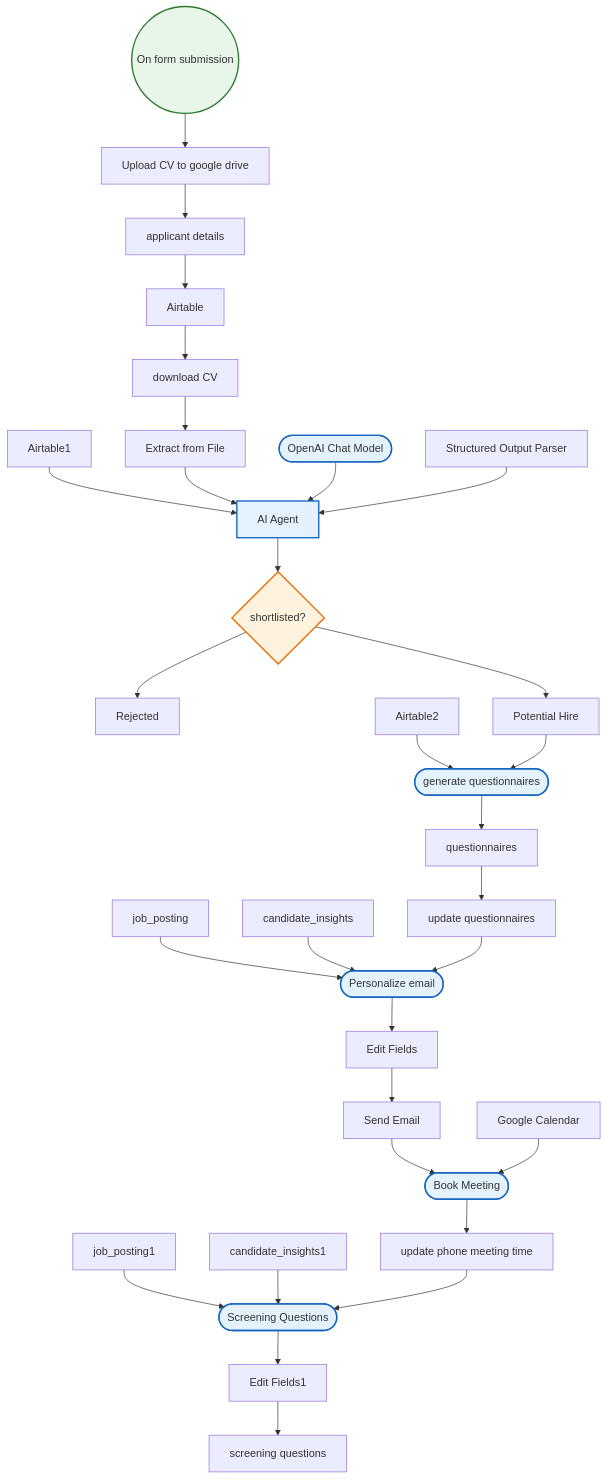
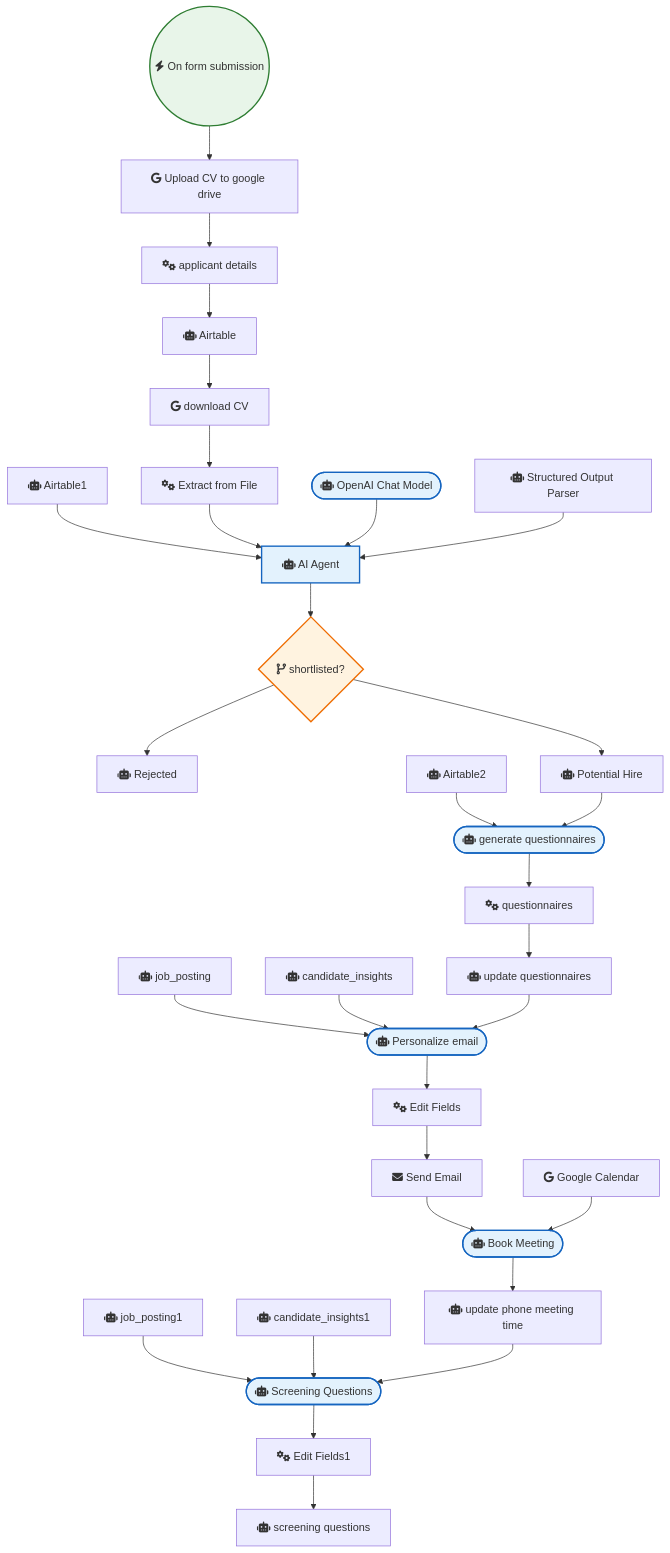
The diagram in HR_and_Recruitment/HR Job Posting and Evaluation with AI.md (sreyash3105/N8N-DEMO-AUTOMATIONS), drawn with Mermaid before and after one commit. The commit also changed 291 other files, not shown here.

````diff
--- a/HR_and_Recruitment/HR Job Posting and Evaluation with AI.md
+++ b/HR_and_Recruitment/HR Job Posting and Evaluation with AI.md
@@ -1,67 +1,67 @@
 ```mermaid
 graph TD
     classDef trigger fill:#e8f5e9,stroke:#2e7d32,stroke-width:2px;
     classDef ai fill:#e3f2fd,stroke:#1565c0,stroke-width:2px;
     classDef logic fill:#fff3e0,stroke:#ef6c00,stroke-width:2px;
 
-    On_form_submission(("On form submission")):::trigger
-    Airtable["Airtable"]
-    Upload_CV_to_google_drive["Upload CV to google drive"]
-    applicant_details["applicant details"]
-    download_CV["download CV"]
-    Extract_from_File["Extract from File"]
-    AI_Agent["AI Agent"]:::ai
-    OpenAI_Chat_Model(["OpenAI Chat Model"]):::ai
-    Airtable1["Airtable1"]
-    Structured_Output_Parser["Structured Output Parser"]
-    shortlisted_{"shortlisted?"}:::logic
-    Rejected["Rejected"]
-    Potential_Hire["Potential Hire"]
-    Airtable2["Airtable2"]
-    generate_questionnaires(["generate questionnaires"]):::ai
-    questionnaires["questionnaires"]
-    update_questionnaires["update questionnaires"]
-    job_posting["job_posting"]
-    candidate_insights["candidate_insights"]
-    Personalize_email(["Personalize email"]):::ai
-    Edit_Fields["Edit Fields"]
-    Send_Email["Send Email"]
-    Book_Meeting(["Book Meeting"]):::ai
-    Google_Calendar["Google Calendar"]
-    update_phone_meeting_time["update phone meeting time"]
-    Screening_Questions(["Screening Questions"]):::ai
-    job_posting1["job_posting1"]
-    candidate_insights1["candidate_insights1"]
-    screening_questions["screening questions"]
-    Edit_Fields1["Edit Fields1"]
+    On_form_submission(("fas:fa-bolt On form submission")):::trigger
+    Airtable["fas:fa-robot Airtable"]
+    Upload_CV_to_google_drive["fab:fa-google Upload CV to google drive"]
+    applicant_details["fas:fa-cogs applicant details"]
+    download_CV["fab:fa-google download CV"]
+    Extract_from_File["fas:fa-cogs Extract from File"]
+    AI_Agent["fas:fa-robot AI Agent"]:::ai
+    OpenAI_Chat_Model(["fas:fa-robot OpenAI Chat Model"]):::ai
+    Airtable1["fas:fa-robot Airtable1"]
+    Structured_Output_Parser["fas:fa-robot Structured Output Parser"]
+    shortlisted_{"fas:fa-code-branch shortlisted?"}:::logic
+    Rejected["fas:fa-robot Rejected"]
+    Potential_Hire["fas:fa-robot Potential Hire"]
+    Airtable2["fas:fa-robot Airtable2"]
+    generate_questionnaires(["fas:fa-robot generate questionnaires"]):::ai
+    questionnaires["fas:fa-cogs questionnaires"]
+    update_questionnaires["fas:fa-robot update questionnaires"]
+    job_posting["fas:fa-robot job_posting"]
+    candidate_insights["fas:fa-robot candidate_insights"]
+    Personalize_email(["fas:fa-robot Personalize email"]):::ai
+    Edit_Fields["fas:fa-cogs Edit Fields"]
+    Send_Email["fas:fa-envelope Send Email"]
+    Book_Meeting(["fas:fa-robot Book Meeting"]):::ai
+    Google_Calendar["fab:fa-google Google Calendar"]
+    update_phone_meeting_time["fas:fa-robot update phone meeting time"]
+    Screening_Questions(["fas:fa-robot Screening Questions"]):::ai
+    job_posting1["fas:fa-robot job_posting1"]
+    candidate_insights1["fas:fa-robot candidate_insights1"]
+    screening_questions["fas:fa-robot screening questions"]
+    Edit_Fields1["fas:fa-cogs Edit Fields1"]
 
     AI_Agent --> shortlisted_
     Airtable --> download_CV
     Airtable1 --> AI_Agent
     Airtable2 --> generate_questionnaires
     Send_Email --> Book_Meeting
     Edit_Fields --> Send_Email
     download_CV --> Extract_from_File
     job_posting --> Personalize_email
     Book_Meeting --> update_phone_meeting_time
     Edit_Fields1 --> screening_questions
     job_posting1 --> Screening_Questions
     shortlisted_ --> Potential_Hire
     shortlisted_ --> Rejected
     Potential_Hire --> generate_questionnaires
     questionnaires --> update_questionnaires
     Google_Calendar --> Book_Meeting
     Extract_from_File --> AI_Agent
     OpenAI_Chat_Model --> AI_Agent
     Personalize_email --> Edit_Fields
     applicant_details --> Airtable
     On_form_submission --> Upload_CV_to_google_drive
     candidate_insights --> Personalize_email
     Screening_Questions --> Edit_Fields1
     candidate_insights1 --> Screening_Questions
     update_questionnaires --> Personalize_email
     generate_questionnaires --> questionnaires
     Structured_Output_Parser --> AI_Agent
     Upload_CV_to_google_drive --> applicant_details
     update_phone_meeting_time --> Screening_Questions
 ```
````
